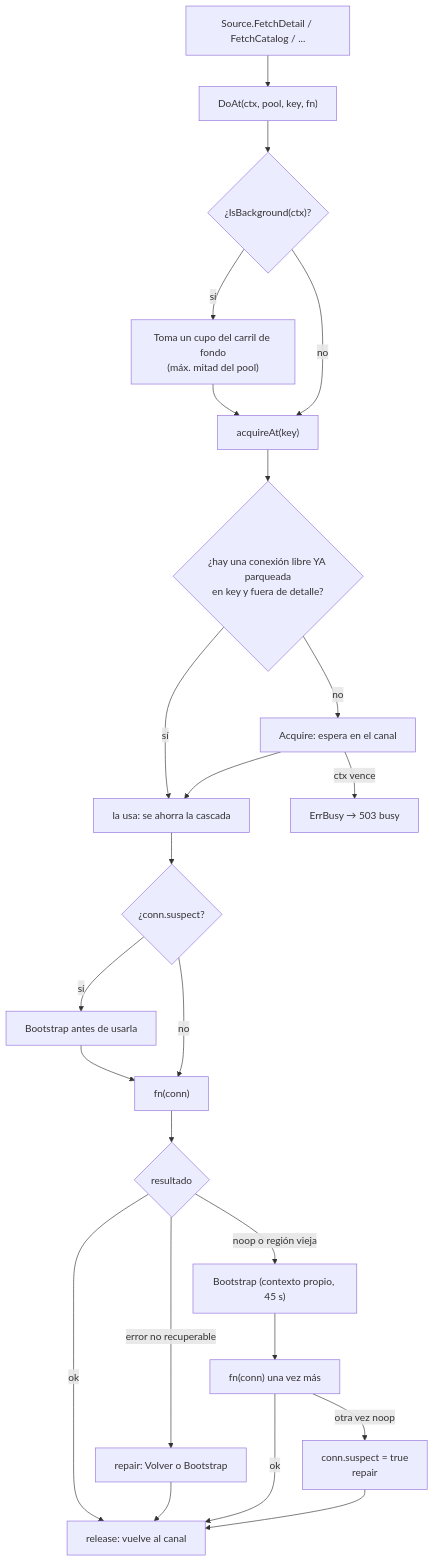
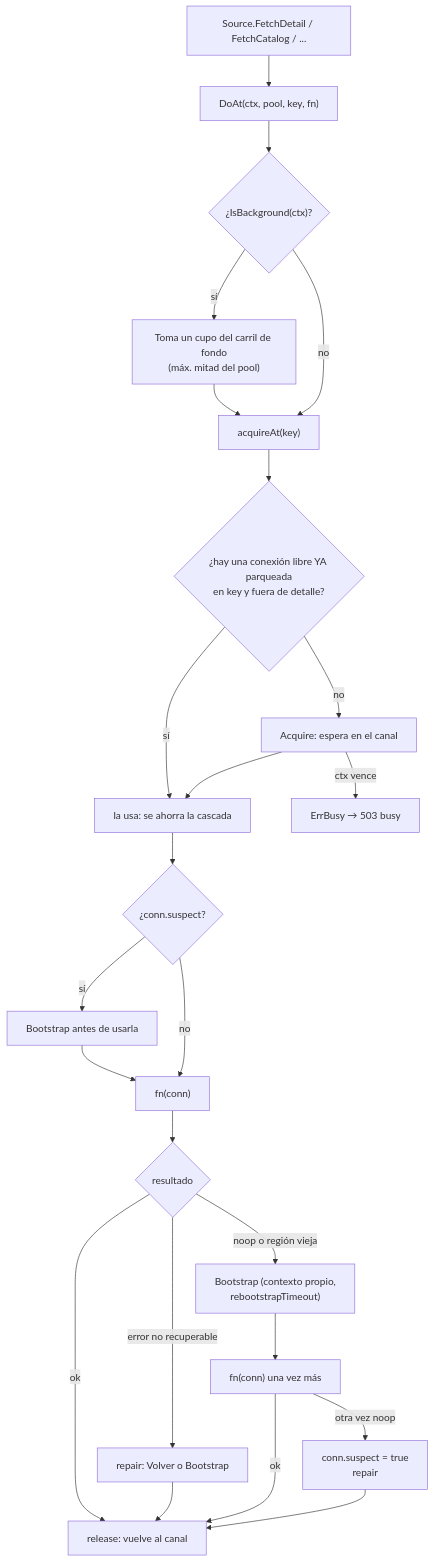
Diagram 13 of 20 in docs/diagram.md (gabotachak/sia-unal-bridge), drawn with Mermaid before and after one commit. The commit also changed other lines of this file and 8 other files, not shown here.

````diff
--- a/docs/diagram.md
+++ b/docs/diagram.md
@@ -519,22 +521,22 @@
 ```mermaid
 flowchart TD
     call["Source.FetchDetail / FetchCatalog / ..."] --> doat["DoAt(ctx, pool, key, fn)"]
     doat --> bg{"¿IsBackground(ctx)?"}
     bg -- sí --> lane["Toma un cupo del carril de fondo<br/>(máx. mitad del pool)"] --> acq
     bg -- no --> acq["acquireAt(key)"]
     acq --> aff{"¿hay una conexión libre YA parqueada<br/>en key y fuera de detalle?"}
     aff -- sí --> got["la usa: se ahorra la cascada"]
     aff -- no --> blk["Acquire: espera en el canal"]
     blk -- "ctx vence" --> busy["ErrBusy → 503 busy"]
     blk --> got
     got --> sus{"¿conn.suspect?"}
     sus -- sí --> boot0["Bootstrap antes de usarla"] --> run
     sus -- no --> run["fn(conn)"]
     run --> res{"resultado"}
     res -- ok --> rel["release: vuelve al canal"]
     res -- "error no recuperable" --> rep["repair: Volver o Bootstrap"] --> rel
-    res -- "noop o región vieja" --> boot["Bootstrap (contexto propio, 45 s)"]
+    res -- "noop o región vieja" --> boot["Bootstrap (contexto propio,<br/>rebootstrapTimeout)"]
     boot --> retry["fn(conn) una vez más"]
     retry -- ok --> rel
     retry -- "otra vez noop" --> mark["conn.suspect = true<br/>repair"] --> rel
 ```
````
